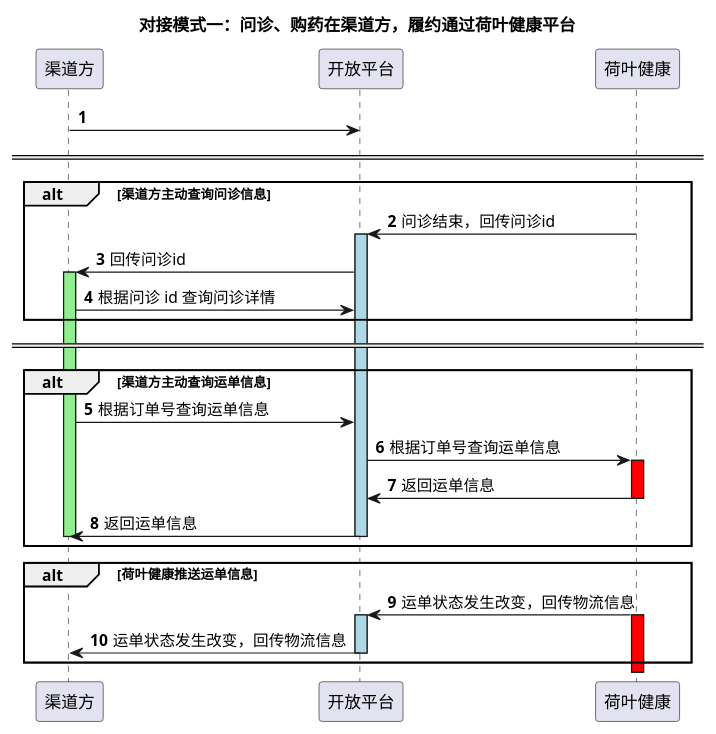
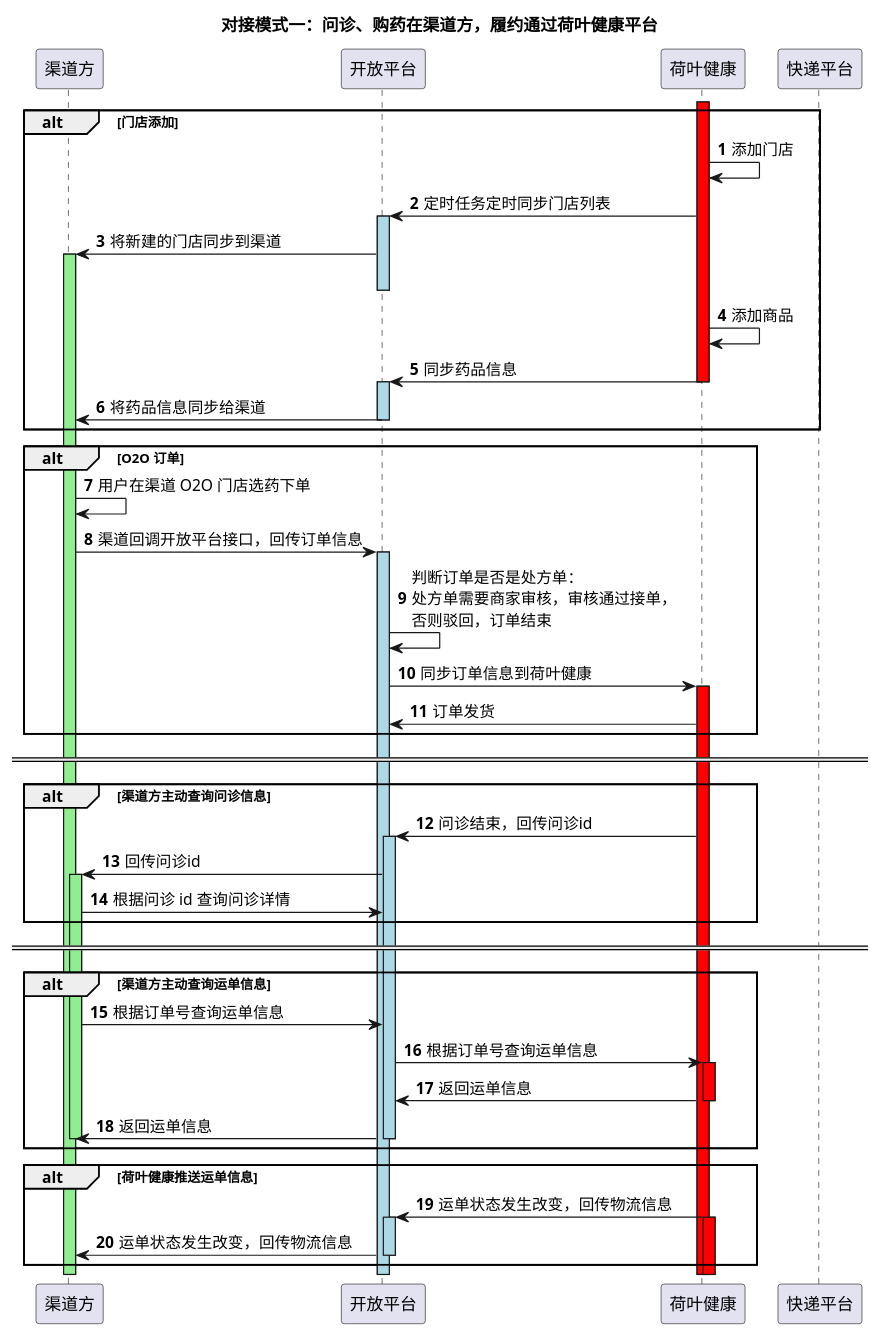
The diagram in workutil/worktest/src/main/java/com/anzhi/worktest/plantuml/heyeOpenApiPlatform-Logistics.puml (sunyue0315/Java_Record), drawn with PlantUML before and after one commit.

Commit message:
1. xyy 订单流程

```diff
--- a/workutil/worktest/src/main/java/com/anzhi/worktest/plantuml/heyeOpenApiPlatform-Logistics.puml
+++ b/workutil/worktest/src/main/java/com/anzhi/worktest/plantuml/heyeOpenApiPlatform-Logistics.puml
@@ -1,40 +1,64 @@
 @startuml
 title 对接模式一：问诊、购药在渠道方，履约通过荷叶健康平台
 autonumber
 participant "渠道方" as channel
 participant "开放平台" as openApi
 participant "荷叶健康" as heye
+participant "快递平台" as kuaiDi
 
-channel -> openApi :
+alt 门店添加
+activate  heye #red
+    heye -> heye : 添加门店
+    heye -> openApi : 定时任务定时同步门店列表
+activate openApi #lightBlue
+    openApi -> channel : 将新建的门店同步到渠道
+activate channel #lightGreen
+deactivate openApi
+    heye -> heye : 添加商品
+    heye -> openApi : 同步药品信息
+deactivate heye
+activate openApi #lightBlue
+    openApi -> channel : 将药品信息同步给渠道
+deactivate openApi
 
+end
 
+alt O2O 订单
+channel -> channel : 用户在渠道 O2O 门店选药下单
+channel -> openApi : 渠道回调开放平台接口，回传订单信息
+activate openApi #lightBlue
+    openApi -> openApi : 判断订单是否是处方单：\n处方单需要商家审核，审核通过接单，\n否则驳回，订单结束
+    openApi -> heye : 同步订单信息到荷叶健康
+    activate heye #red
+        heye -> openApi : 订单发货
+end
 ====
 alt 渠道方主动查询问诊信息
 heye -> openApi : 问诊结束，回传问诊id
 activate openApi #lightBlue
     openApi -> channel : 回传问诊id
     activate channel #lightGreen
         channel -> openApi: 根据问诊 id 查询问诊详情
 end
 ====
 alt 渠道方主动查询运单信息
 channel -> openApi: 根据订单号查询运单信息
 openApi -> heye : 根据订单号查询运单信息
 activate heye #red
     heye -> openApi: 返回运单信息
 deactivate heye
 openApi -> channel: 返回运单信息
 deactivate openApi
 deactivate channel
 end
 
 alt 荷叶健康推送运单信息
 heye -> openApi: 运单状态发生改变，回传物流信息
 activate heye #red
 activate openApi #lightBlue
     openApi -> channel: 运单状态发生改变，回传物流信息
 deactivate openApi
 
 
 end
 @enduml
```
